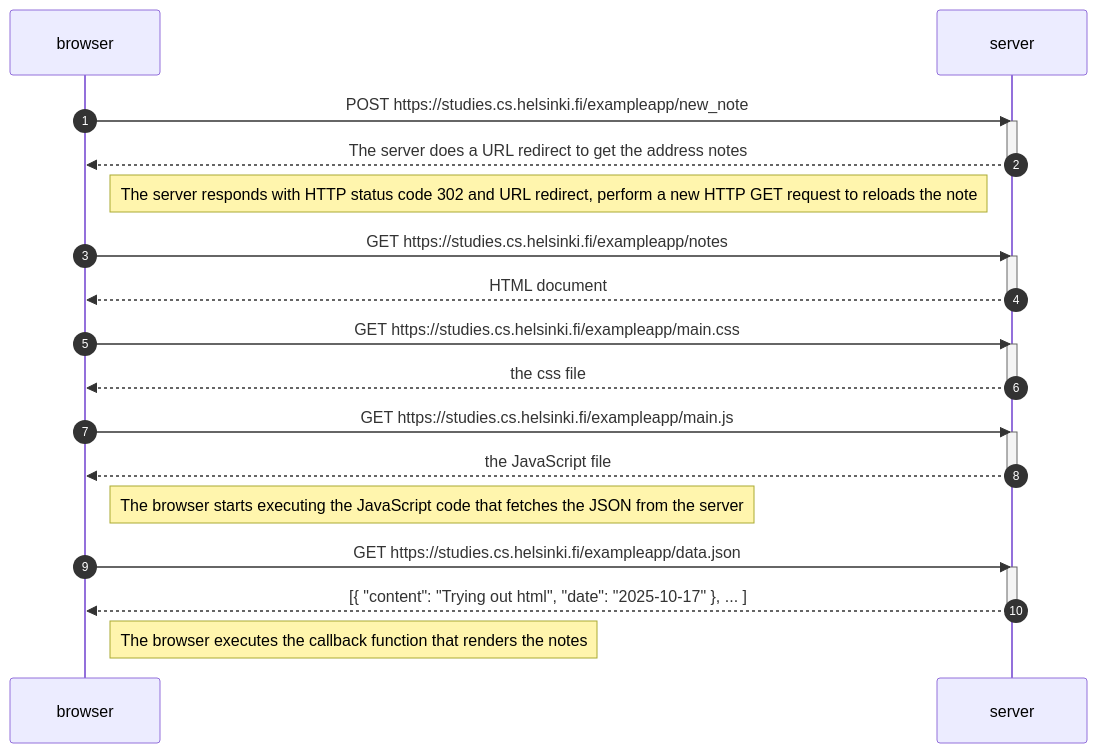
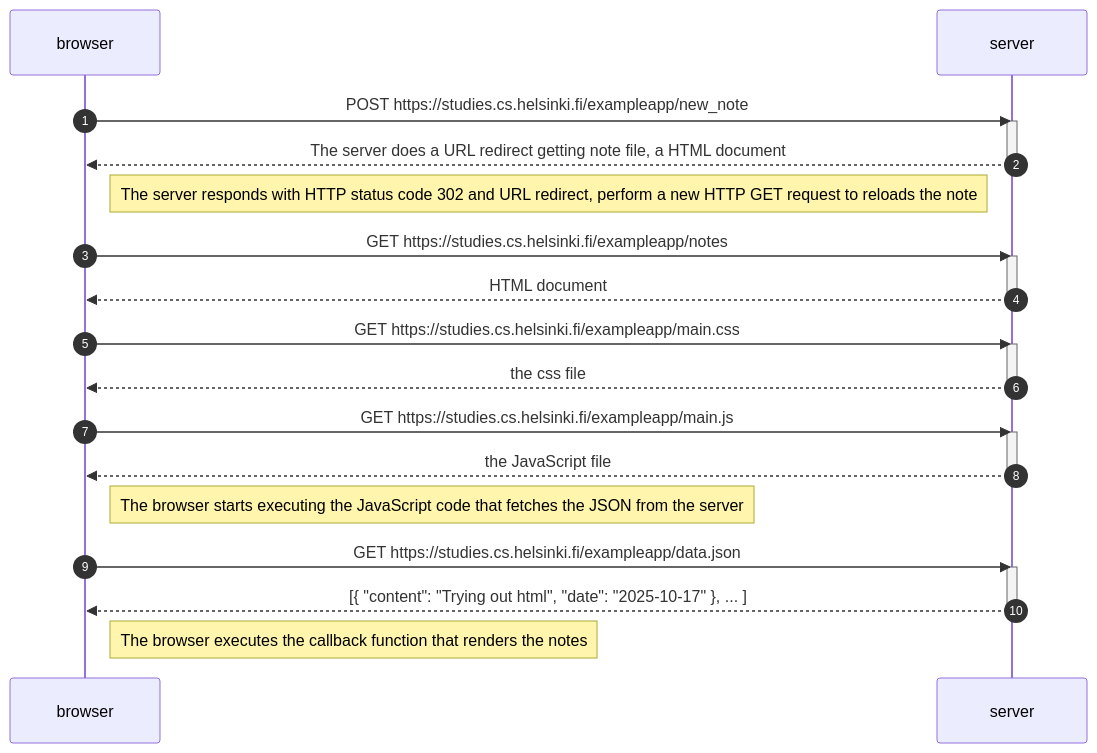
One commit to chimaeberechiphilip/full_stack_open changed the diagram in part_0/0.4_new_note_diagram/sequencediagram.md. Above: the diagram before and after it, drawn with Mermaid. The commit also changed 2 other files, not shown here.

Commit message:
all exercise

````diff
--- a/part_0/0.4_new_note_diagram/sequencediagram.md
+++ b/part_0/0.4_new_note_diagram/sequencediagram.md
@@ -1,36 +1,36 @@
 ```mermaid
 sequenceDiagram
     autonumber
     participant browser
     participant server
 
      browser->>server: POST https://studies.cs.helsinki.fi/exampleapp/new_note
     activate server
-    server-->>browser: The server does a URL redirect to get the address notes
+    server-->>browser: The server does a URL redirect getting note file, a HTML document
     deactivate server
     Note right of browser: The server responds with HTTP status code 302 and URL redirect, perform a new HTTP GET request to reloads the note
 
     browser->>server: GET https://studies.cs.helsinki.fi/exampleapp/notes
     activate server
     server-->>browser: HTML document
     deactivate server
 
     browser->>server: GET https://studies.cs.helsinki.fi/exampleapp/main.css
     activate server
     server-->>browser: the css file
     deactivate server
 
     browser->>server: GET https://studies.cs.helsinki.fi/exampleapp/main.js
     activate server
     server-->>browser: the JavaScript file
     deactivate server
 
     Note right of browser: The browser starts executing the JavaScript code that fetches the JSON from the server
 
     browser->>server: GET https://studies.cs.helsinki.fi/exampleapp/data.json
     activate server
     server-->>browser: [{ "content": "Trying out html", "date": "2025-10-17" }, ... ]
     deactivate server
 
     Note right of browser: The browser executes the callback function that renders the notes
 ```
````
